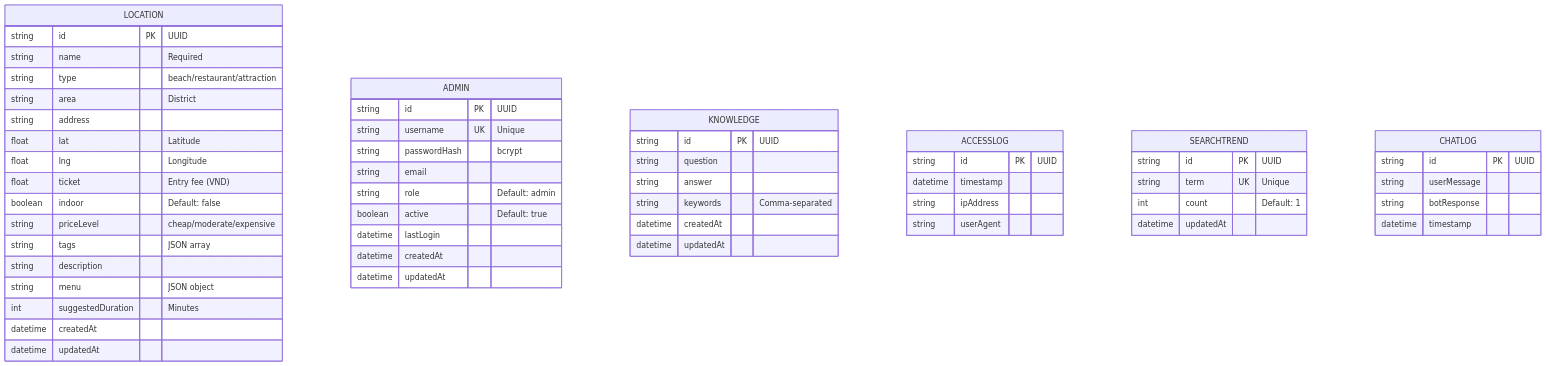
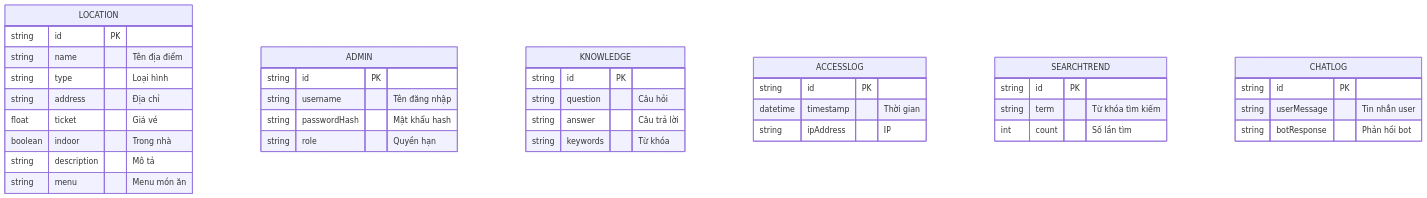
The seventh of 14 diagrams in docs/ARCHITECTURE.md (Doggie-H/Dana-Travel), drawn with Mermaid before and after one commit. The commit also changed other lines of this file and 2863 other files, not shown here.

Commit message:
docs: Add initial architecture documentation covering system overview, design principles, and detailed data flow diagrams.

````diff
--- a/docs/ARCHITECTURE.md
+++ b/docs/ARCHITECTURE.md
@@ -352,63 +346,45 @@
 ```mermaid
 erDiagram
     LOCATION {
-        string id PK "UUID"
-        string name "Required"
-        string type "beach/restaurant/attraction"
-        string area "District"
-        string address
-        float lat "Latitude"
-        float lng "Longitude"
-        float ticket "Entry fee (VND)"
-        boolean indoor "Default: false"
-        string priceLevel "cheap/moderate/expensive"
-        string tags "JSON array"
-        string description
-        string menu "JSON object"
-        int suggestedDuration "Minutes"
-        datetime createdAt
-        datetime updatedAt
+        string id PK
+        string name "Tên địa điểm"
+        string type "Loại hình"
+        string address "Địa chỉ"
+        float ticket "Giá vé"
+        boolean indoor "Trong nhà"
+        string description "Mô tả"
+        string menu "Menu món ăn"
     }
     
     ADMIN {
-        string id PK "UUID"
-        string username UK "Unique"
-        string passwordHash "bcrypt"
-        string email
-        string role "Default: admin"
-        boolean active "Default: true"
-        datetime lastLogin
-        datetime createdAt
-        datetime updatedAt
+        string id PK
+        string username "Tên đăng nhập"
+        string passwordHash "Mật khẩu hash"
+        string role "Quyền hạn"
     }
     
     KNOWLEDGE {
-        string id PK "UUID"
-        string question
-        string answer
-        string keywords "Comma-separated"
-        datetime createdAt
-        datetime updatedAt
+        string id PK
+        string question "Câu hỏi"
+        string answer "Câu trả lời"
+        string keywords "Từ khóa"
     }
     
     ACCESSLOG {
-        string id PK "UUID"
-        datetime timestamp
-        string ipAddress
-        string userAgent
+        string id PK
+        datetime timestamp "Thời gian"
+        string ipAddress "IP"
     }
     
     SEARCHTREND {
-        string id PK "UUID"
-        string term UK "Unique"
-        int count "Default: 1"
-        datetime updatedAt
+        string id PK
+        string term "Từ khóa tìm kiếm"
+        int count "Số lần tìm"
     }
     
     CHATLOG {
-        string id PK "UUID"
-        string userMessage
-        string botResponse
-        datetime timestamp
+        string id PK
+        string userMessage "Tin nhắn user"
+        string botResponse "Phản hồi bot"
     }
 ```
````
